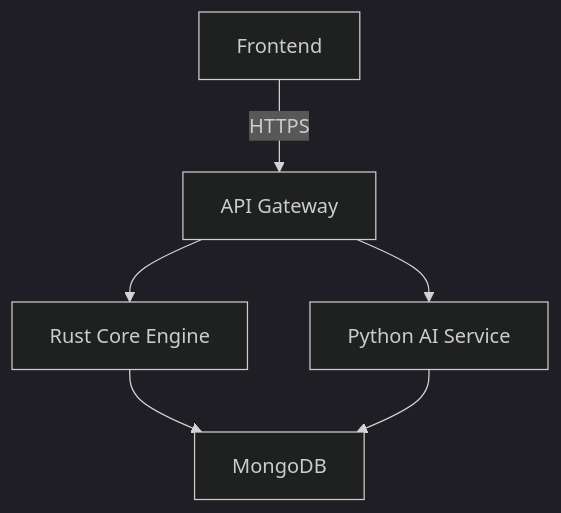
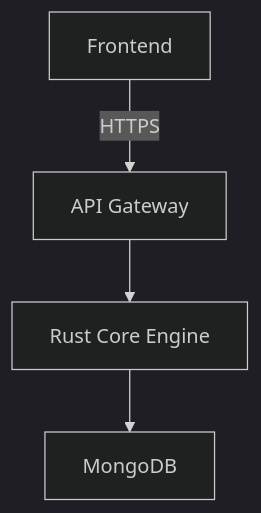
One commit to magic-ai-trading-bot/bot-core changed the diagram in specifications/02-design/2.1-architecture/_TEMPLATE_ARCH.md. Above: the diagram before and after it, drawn with Mermaid (dark theme). The commit also changed 92 other files, not shown here.

First line of the commit message:
chore: complete Python AI service cleanup across entire codebase

````diff
--- a/specifications/02-design/2.1-architecture/_TEMPLATE_ARCH.md
+++ b/specifications/02-design/2.1-architecture/_TEMPLATE_ARCH.md
@@ -22,8 +22,6 @@
 ```mermaid
 graph TD
     A[Frontend] -->|HTTPS| B[API Gateway]
     B --> C[Rust Core Engine]
-    B --> D[Python AI Service]
-    C --> E[MongoDB]
-    D --> E
+    C --> D[MongoDB]
 ```
````
